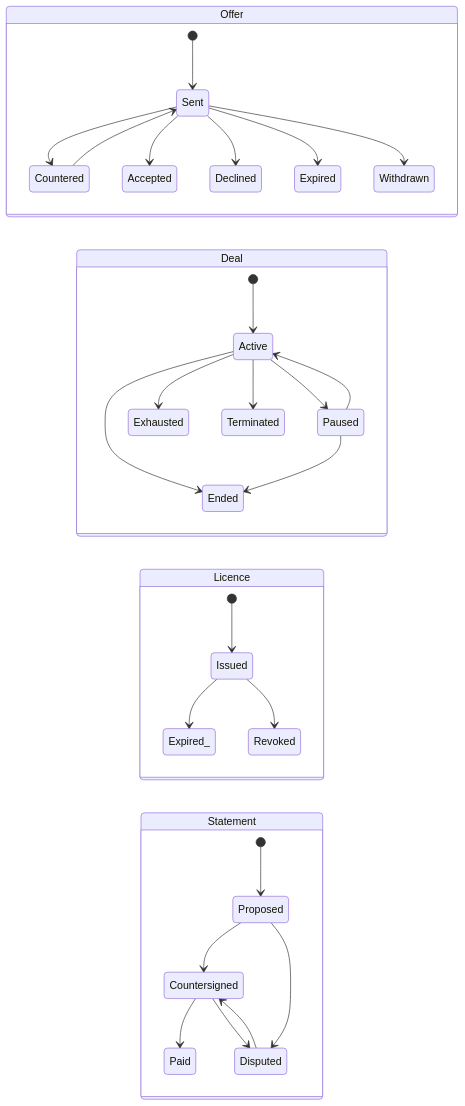
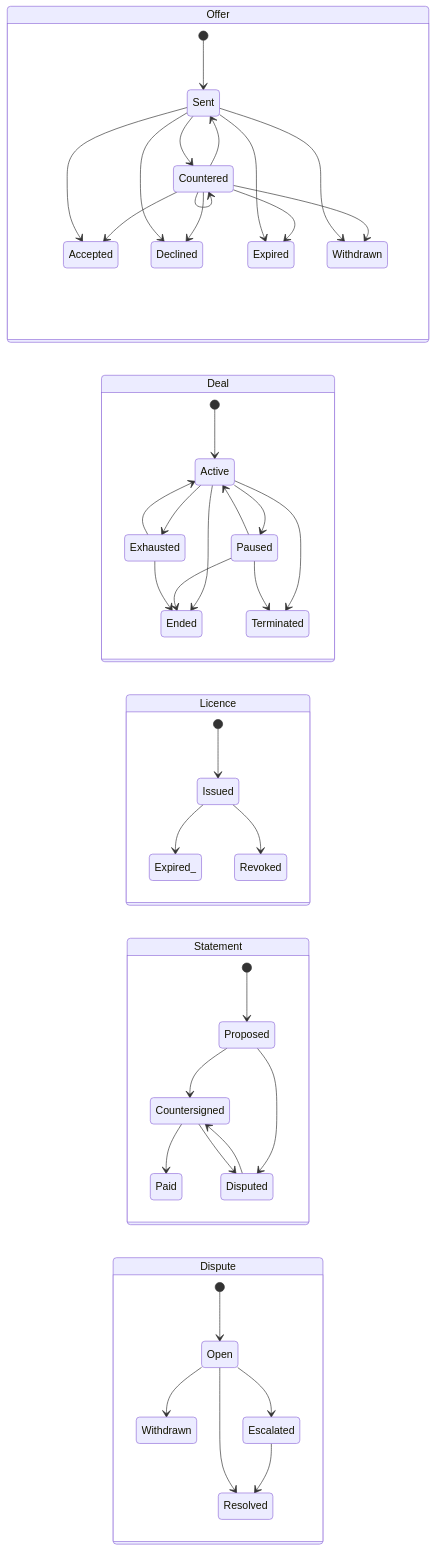
The second of 3 diagrams in docs/whitepaper/federated-ads-whitepaper.md (federated-ads/spec), drawn with Mermaid before and after one commit. The commit also changed other lines of this file and 2 other files, not shown here.

Commit message:
docs: fix offer, deal and dispute state machines
- Allow a CounterOffer to be accepted, countered again or withdrawn; the Acceptance object already allowed it, but the transition table did not. Carry the selling node's creative approvals into the Deal.
- Define Dispute states (Open, Escalated, Resolved, Withdrawn), which StatusChange and the Statement machine already relied on.
- Redraw the Deal diagram to include the Exhausted transitions in its table.
- Update the whitepaper state diagram to match.

````diff
--- a/docs/whitepaper/federated-ads-whitepaper.md
+++ b/docs/whitepaper/federated-ads-whitepaper.md
@@ -956,35 +956,51 @@
 ```mermaid
 stateDiagram-v2
   direction LR
   state "Offer" as O {
     [*] --> Sent
     Sent --> Countered
+    Countered --> Countered
     Countered --> Sent
     Sent --> Accepted
+    Countered --> Accepted
     Sent --> Declined
+    Countered --> Declined
     Sent --> Expired
+    Countered --> Expired
     Sent --> Withdrawn
+    Countered --> Withdrawn
   }
   state "Deal" as D {
     [*] --> Active
     Active --> Paused
     Paused --> Active
     Active --> Exhausted
     Active --> Ended
     Paused --> Ended
+    Exhausted --> Active
+    Exhausted --> Ended
     Active --> Terminated
+    Paused --> Terminated
   }
   state "Licence" as L {
     [*] --> Issued
     Issued --> Expired_
     Issued --> Revoked
   }
   state "Statement" as S {
     [*] --> Proposed
     Proposed --> Countersigned
     Countersigned --> Paid
     Proposed --> Disputed
     Countersigned --> Disputed
     Disputed --> Countersigned
   }
+  state "Dispute" as DS {
+    state "Withdrawn" as DWithdrawn
+    [*] --> Open
+    Open --> DWithdrawn
+    Open --> Resolved
+    Open --> Escalated
+    Escalated --> Resolved
+  }
 ```
````
